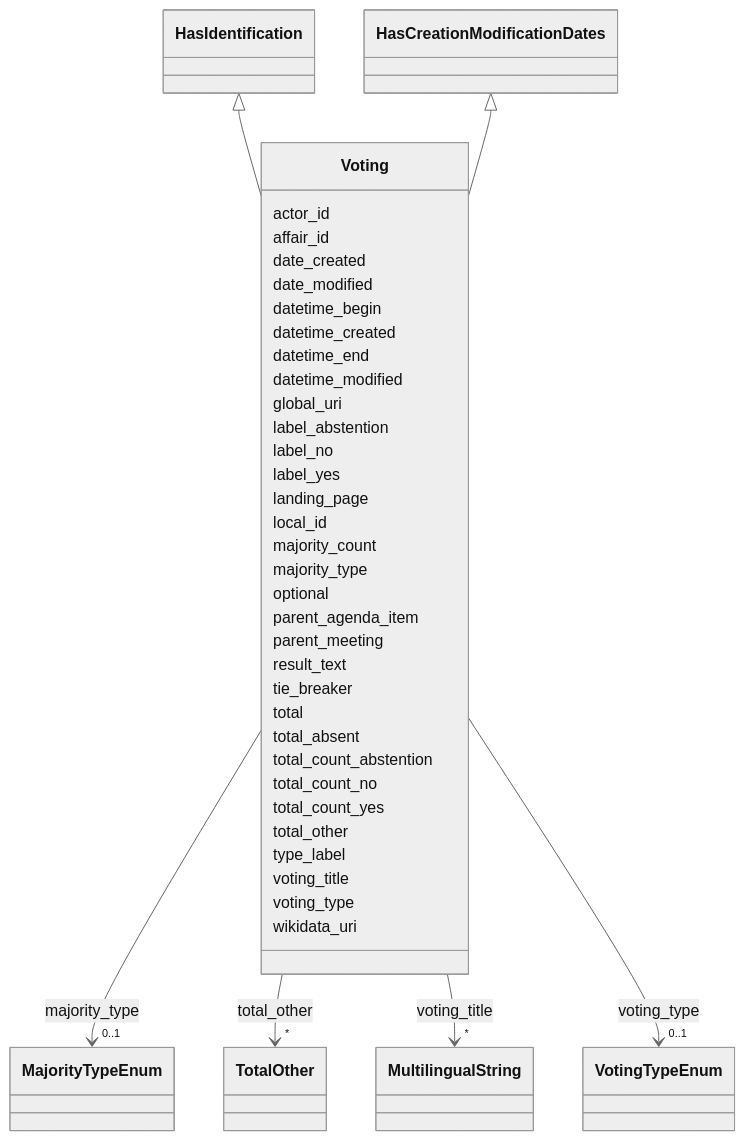
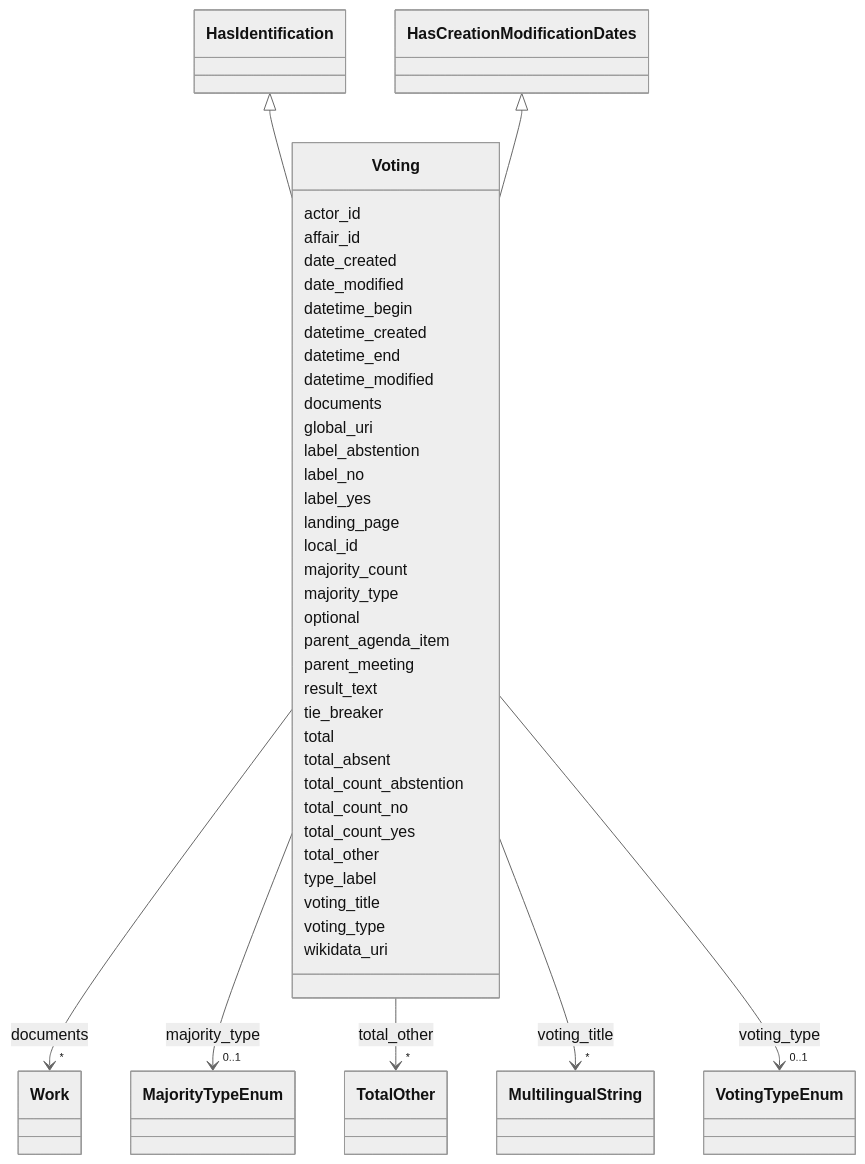
One commit to swiss/political-affairs-ech-group changed the diagram in ech-0293_operations/output/docs/Voting.md. Above: the diagram before and after it, drawn with Mermaid (neutral theme). The commit also changed other lines of this file and 87 other files, not shown here.

```diff
--- a/ech-0293_operations/output/docs/Voting.md
+++ b/ech-0293_operations/output/docs/Voting.md
@@ -43,6 +43,17 @@
       Voting : datetime_end
         
       Voting : datetime_modified
+        
+      Voting : documents
+        
+          
+    
+        
+        
+        Voting --> "*" Work : documents
+        click Work href "../Work/"
+    
+
         
       Voting : global_uri
         
```
